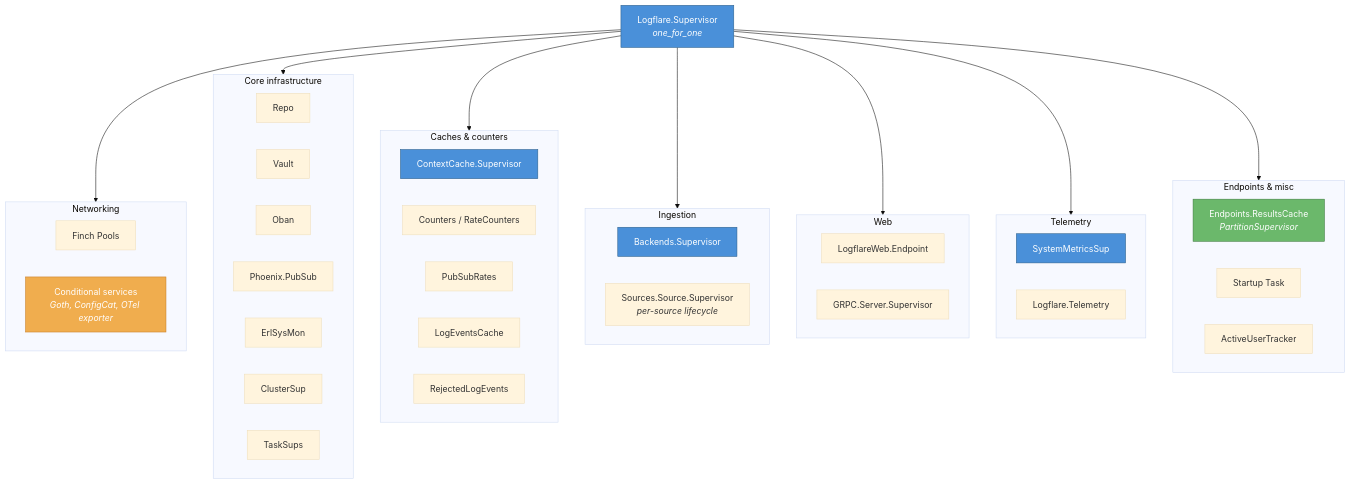
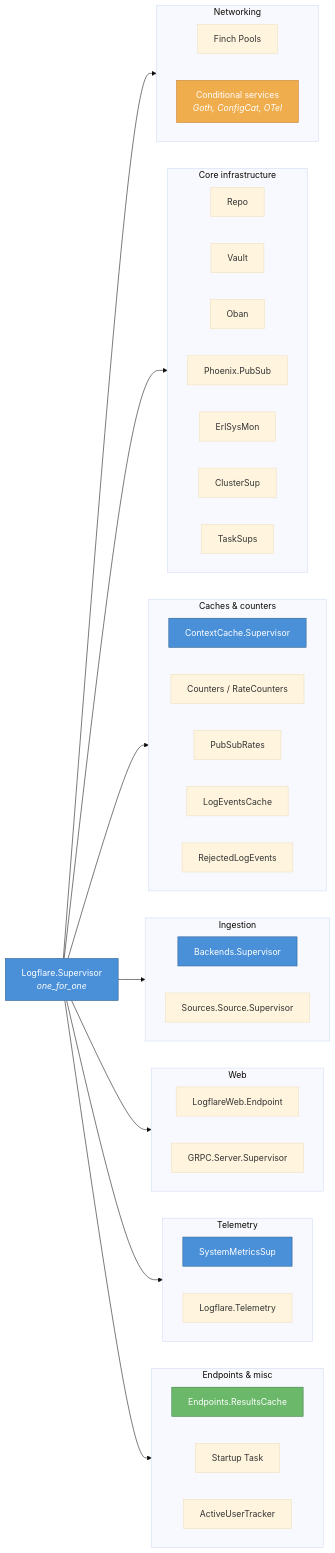
The first of 8 diagrams in docs/runtime/index.md (djwhitt/logflare), drawn with Mermaid (base theme) before and after one commit.

Commit message:
docs(runtime): flip top-level supervisor diagram to LR layout
In graph TD with 7 sibling subgraphs, mermaid placed them
side-by-side horizontally — same horizontal-cramping problem the
original 14-children diagram had.

Switching the outer graph to LR puts each subgraph in its own row
(stacked vertically), giving each row the full content width to
arrange its children. Pinned each subgraph to direction LR so
children inside lay out horizontally on their wide row.

Also dropped a couple of italic subtitles that were padding labels
without adding information.

````diff
--- a/docs/runtime/index.md
+++ b/docs/runtime/index.md
@@ -19,64 +19,71 @@
 ```mermaid
-graph TD
+graph LR
     Root["Logflare.Supervisor<br/><i>one_for_one</i>"]
 
+    Root --> Net
+    Root --> Infra
+    Root --> Caches
+    Root --> Ingest
+    Root --> WebGrp
+    Root --> Telem
+    Root --> Misc
+
     subgraph Net["Networking"]
+        direction LR
         Finch["Finch Pools"]
-        Cond["Conditional services<br/><i>Goth, ConfigCat, OTel exporter</i>"]
+        Cond["Conditional services<br/><i>Goth, ConfigCat, OTel</i>"]
     end
 
     subgraph Infra["Core infrastructure"]
+        direction LR
         Repo["Repo"]
         Vault["Vault"]
         Oban["Oban"]
         PubSub["Phoenix.PubSub"]
         ErlSys["ErlSysMon"]
         Cluster["ClusterSup"]
         TaskSups["TaskSups"]
     end
 
     subgraph Caches["Caches &amp; counters"]
+        direction LR
         CCSup["ContextCache.Supervisor"]
         Counters["Counters / RateCounters"]
         PSR["PubSubRates"]
         LEC["LogEventsCache"]
         RLE["RejectedLogEvents"]
     end
 
     subgraph Ingest["Ingestion"]
+        direction LR
         BackendsSup["Backends.Supervisor"]
-        SourceSupervisor["Sources.Source.Supervisor<br/><i>per-source lifecycle</i>"]
+        SourceSupervisor["Sources.Source.Supervisor"]
     end
 
     subgraph WebGrp["Web"]
+        direction LR
         WebEndpoint["LogflareWeb.Endpoint"]
         GRPCSup["GRPC.Server.Supervisor"]
     end
 
     subgraph Telem["Telemetry"]
+        direction LR
         SysMet["SystemMetricsSup"]
         Telemetry["Logflare.Telemetry"]
     end
 
     subgraph Misc["Endpoints &amp; misc"]
-        EndpointsPSup["Endpoints.ResultsCache<br/><i>PartitionSupervisor</i>"]
+        direction LR
+        EndpointsPSup["Endpoints.ResultsCache"]
         StartupTask["Startup Task"]
         AUT["ActiveUserTracker"]
     end
-
-    Root --> Net
-    Root --> Infra
-    Root --> Caches
-    Root --> Ingest
-    Root --> WebGrp
-    Root --> Telem
-    Root --> Misc
 
     classDef supervisor fill:#4a90d9,stroke:#2c5f8a,color:#fff
     classDef dynamic fill:#6bb86b,stroke:#3d7a3d,color:#fff
     classDef conditional fill:#f0ad4e,stroke:#c77c25,color:#fff
 
     class Root,CCSup,BackendsSup,SysMet supervisor
     class EndpointsPSup dynamic
     class Cond conditional
 ```
````
